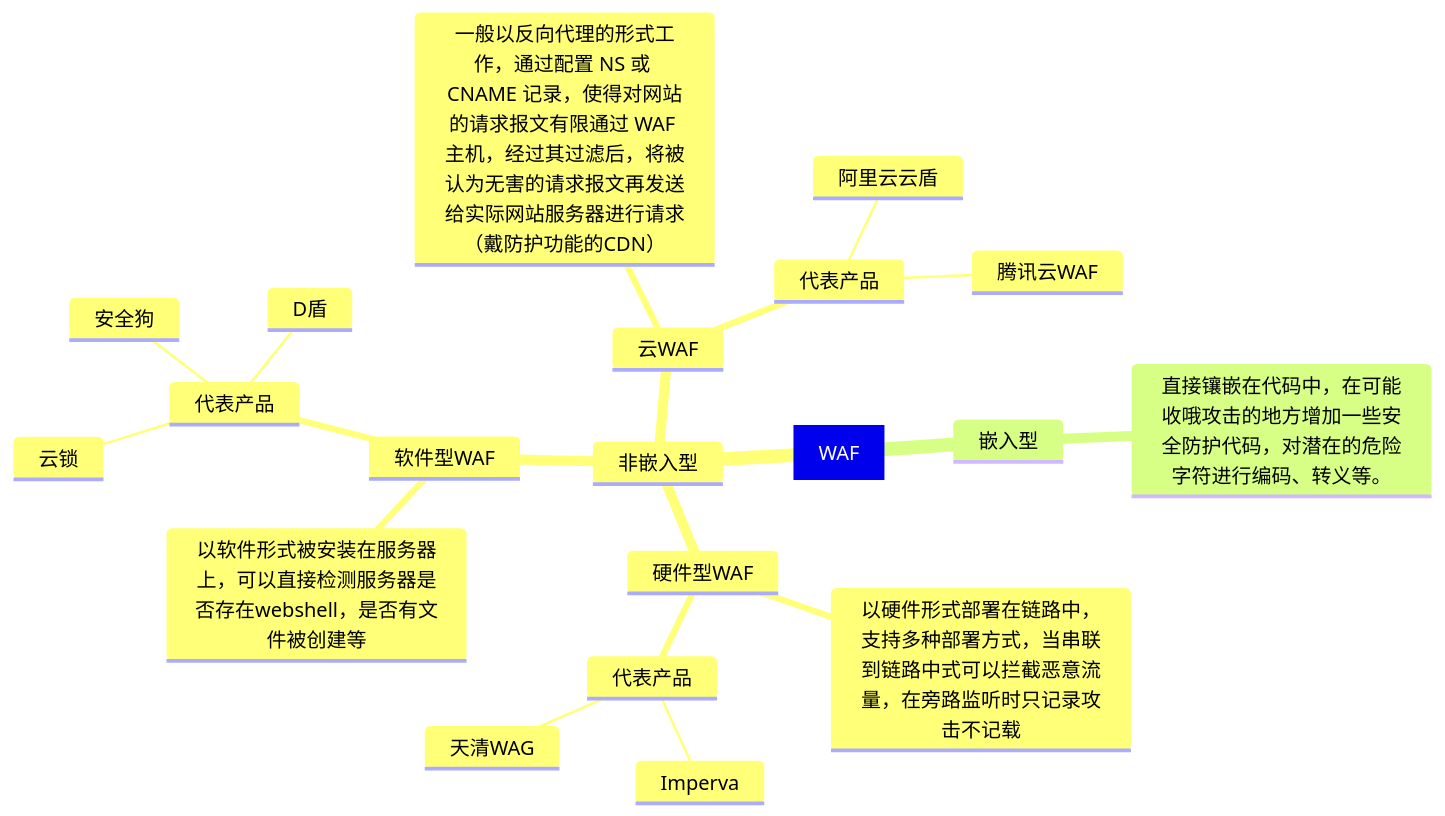
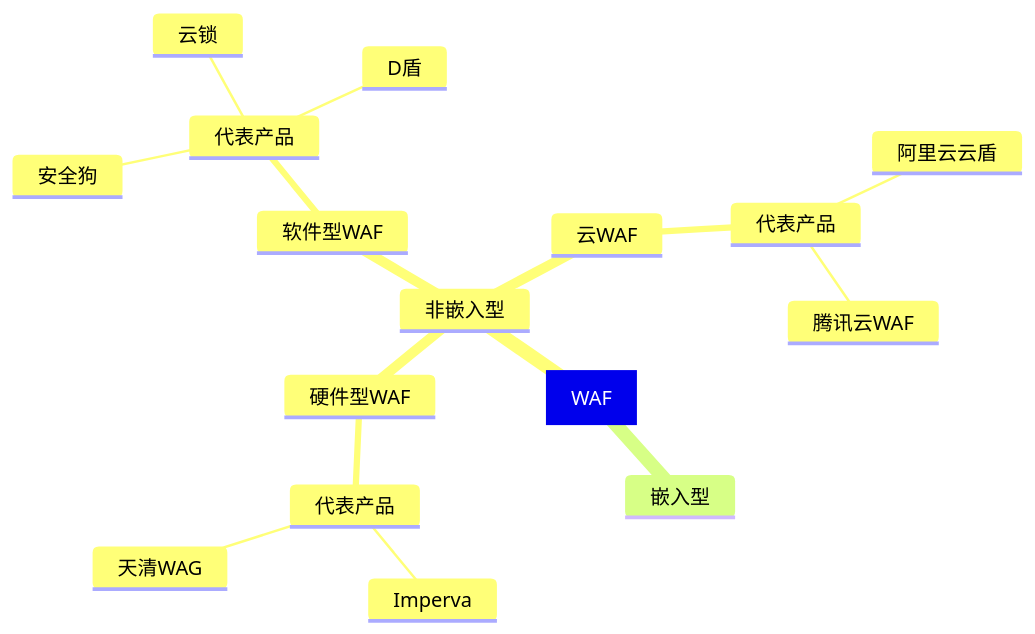
One commit to EBAOBAO/MyNotes changed the diagram in EBAOBAO 的网安笔记.md. Above: the diagram before and after it, drawn with Mermaid. The commit also changed other lines of this file and 2 other files, not shown here.

````diff
--- a/EBAOBAO 的网安笔记.md
+++ b/EBAOBAO 的网安笔记.md
@@ -110,23 +142,19 @@
 ```mermaid
 mindmap
 	[WAF]
 		非嵌入型
 			硬件型WAF
-				以硬件形式部署在链路中，支持多种部署方式，当串联到链路中式可以拦截恶意流量，在旁路监听时只记录攻击不记载
 				代表产品
 					Imperva
 					天清WAG
 			软件型WAF
-				以软件形式被安装在服务器上，可以直接检测服务器是否存在webshell，是否有文件被创建等
 				代表产品
 					安全狗
 					云锁
 					D盾
 			云WAF
-				一般以反向代理的形式工作，通过配置 NS 或 CNAME 记录，使得对网站的请求报文有限通过 WAF 主机，经过其过滤后，将被认为无害的请求报文再发送给实际网站服务器进行请求（戴防护功能的CDN）
 				代表产品
 					阿里云云盾
 					腾讯云WAF
 		嵌入型
-			直接镶嵌在代码中，在可能收哦攻击的地方增加一些安全防护代码，对潜在的危险字符进行编码、转义等。
 ```
````
